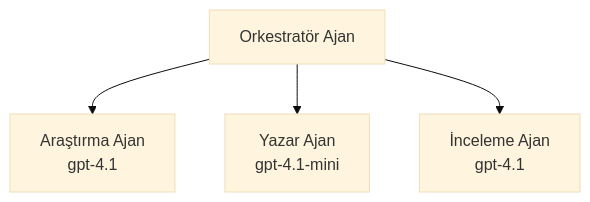
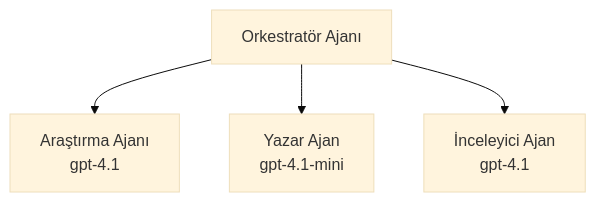
The third of 3 diagrams in translations/tr/docs/chapter-02-ai-development/agents.md (microsoft/AZD-for-beginners), drawn with Mermaid (base theme) before and after one commit. The commit also changed other lines of this file and 61 other files, not shown here.

````diff
--- a/translations/tr/docs/chapter-02-ai-development/agents.md
+++ b/translations/tr/docs/chapter-02-ai-development/agents.md
@@ -201,6 +201,6 @@
 ```mermaid
 graph TD
-    Orchestrator[Orkestratör Ajan] --> Research[Araştırma Ajan<br/>gpt-4.1]
+    Orchestrator[Orkestratör Ajanı] --> Research[Araştırma Ajanı<br/>gpt-4.1]
     Orchestrator --> Writer[Yazar Ajan<br/>gpt-4.1-mini]
-    Orchestrator --> Reviewer[İnceleme Ajan<br/>gpt-4.1]
+    Orchestrator --> Reviewer[İnceleyici Ajan<br/>gpt-4.1]
 ```
````
